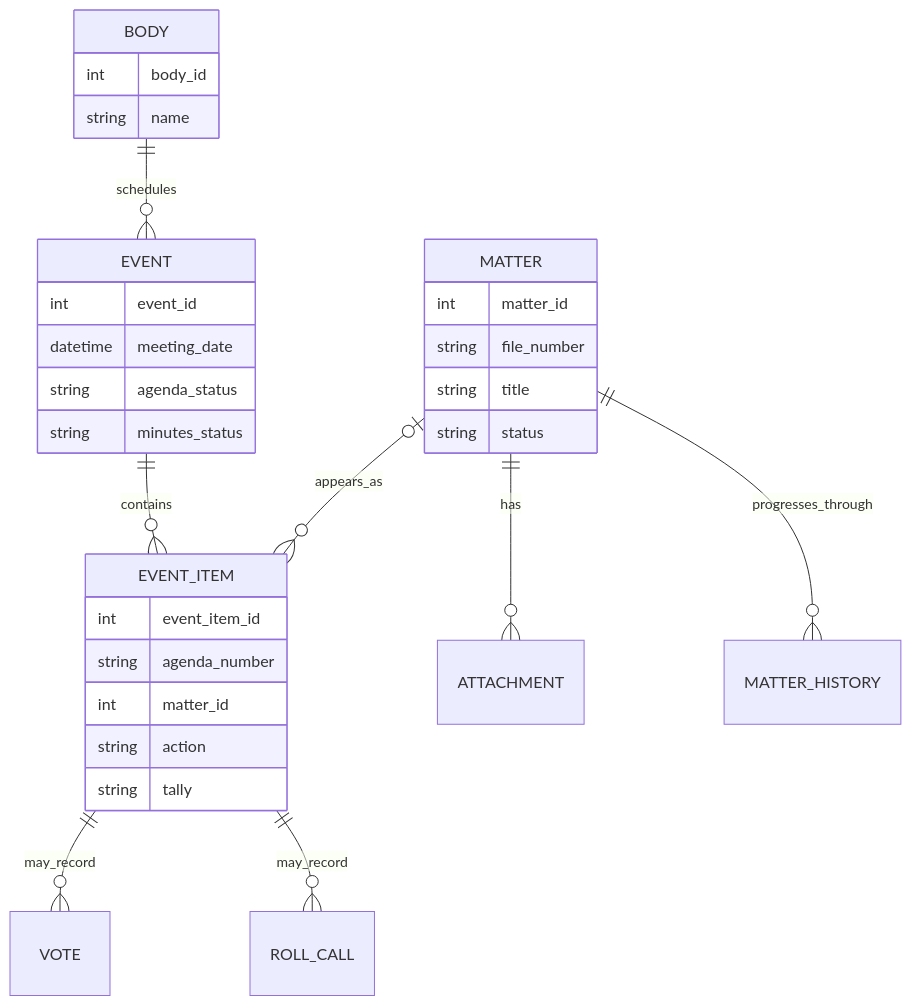
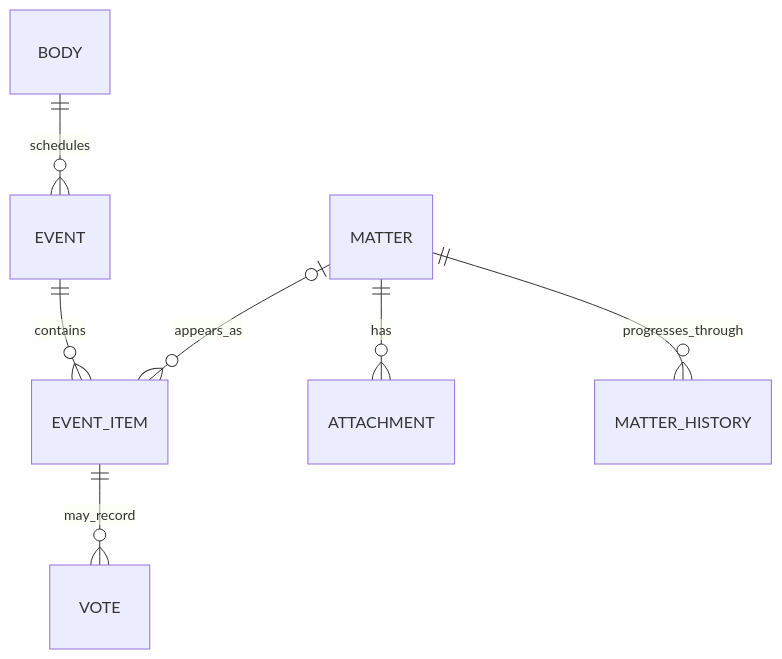
The first of 2 diagrams in docs/local-government-legistar.md (billion-app/billion), drawn with Mermaid before and after one commit. The commit also changed other lines of this file and 19 other files, not shown here.

````diff
--- a/docs/local-government-legistar.md
+++ b/docs/local-government-legistar.md
@@ -29,34 +16,9 @@
 ```mermaid
 erDiagram
     BODY ||--o{ EVENT : schedules
     EVENT ||--o{ EVENT_ITEM : contains
     MATTER o|--o{ EVENT_ITEM : appears_as
     MATTER ||--o{ ATTACHMENT : has
     MATTER ||--o{ MATTER_HISTORY : progresses_through
     EVENT_ITEM ||--o{ VOTE : may_record
-    EVENT_ITEM ||--o{ ROLL_CALL : may_record
-
-    BODY {
-      int body_id
-      string name
-    }
-    EVENT {
-      int event_id
-      datetime meeting_date
-      string agenda_status
-      string minutes_status
-    }
-    EVENT_ITEM {
-      int event_item_id
-      string agenda_number
-      int matter_id
-      string action
-      string tally
-    }
-    MATTER {
-      int matter_id
-      string file_number
-      string title
-      string status
-    }
 ```
````
